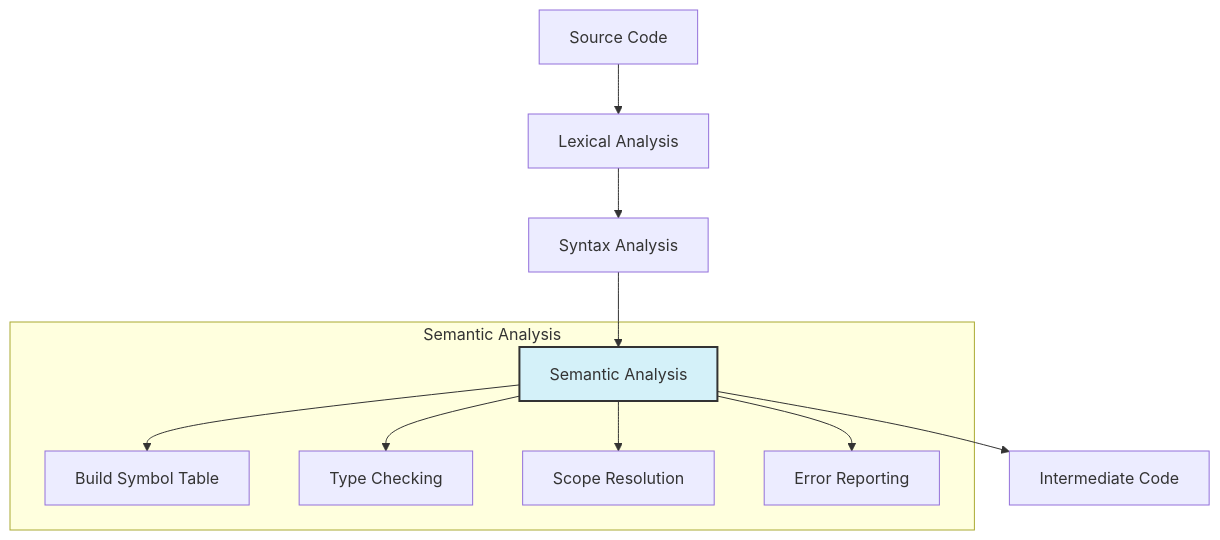
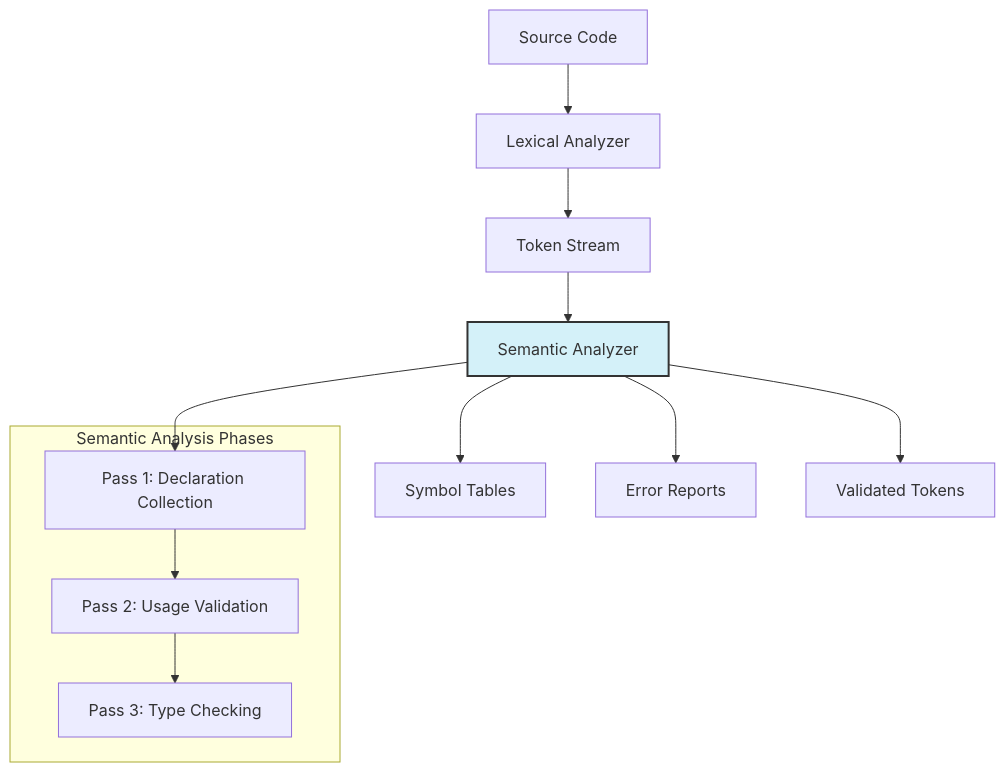
The first of 3 diagrams in SEMANTIC_ANALYZER.md (IrigoyenCodes/ABET-SO1-M1-Computer-Theory), drawn with Mermaid before and after one commit. The commit also changed other lines of this file and 16 other files, not shown here.

````diff
--- a/SEMANTIC_ANALYZER.md
+++ b/SEMANTIC_ANALYZER.md
@@ -49,16 +50,19 @@
 ```mermaid
 flowchart TD
-    A[Source Code] --> B[Lexical Analysis]
-    B --> C[Syntax Analysis]
-    C --> D[Semantic Analysis]
-    D --> E[Intermediate Code]
+    A[Source Code] --> B[Lexical Analyzer]
+    B --> C[Token Stream]
+    C --> D[Semantic Analyzer]
+    D --> E[Symbol Tables]
+    D --> F[Error Reports]
+    D --> G[Validated Tokens]
     
-    subgraph Semantic Analysis
-    D --> D1[Build Symbol Table]
-    D --> D2[Type Checking]
-    D --> D3[Scope Resolution]
-    D --> D4[Error Reporting]
+    subgraph Semantic Analysis Phases
+    D1[Pass 1: Declaration Collection]
+    D2[Pass 2: Usage Validation]
+    D3[Pass 3: Type Checking]
     end
+    
+    D --> D1 --> D2 --> D3
     
     style D fill:#d4f1f9,stroke:#333,stroke-width:2px
 ```
````
